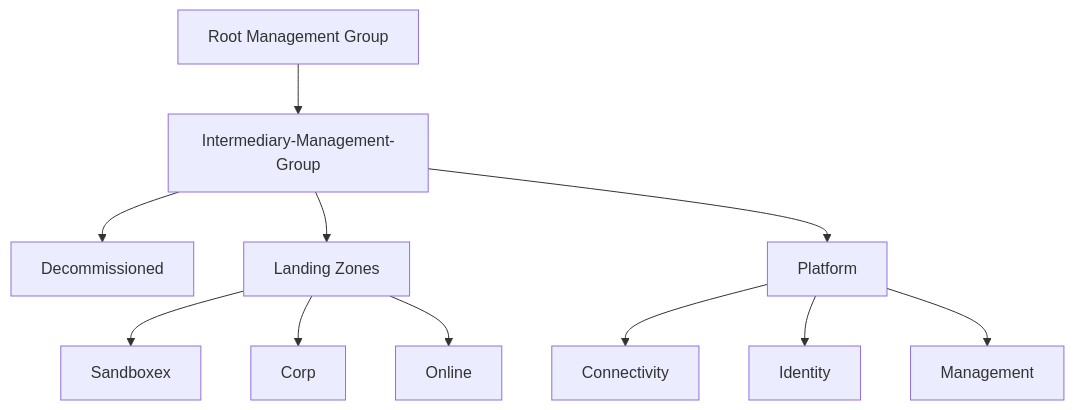
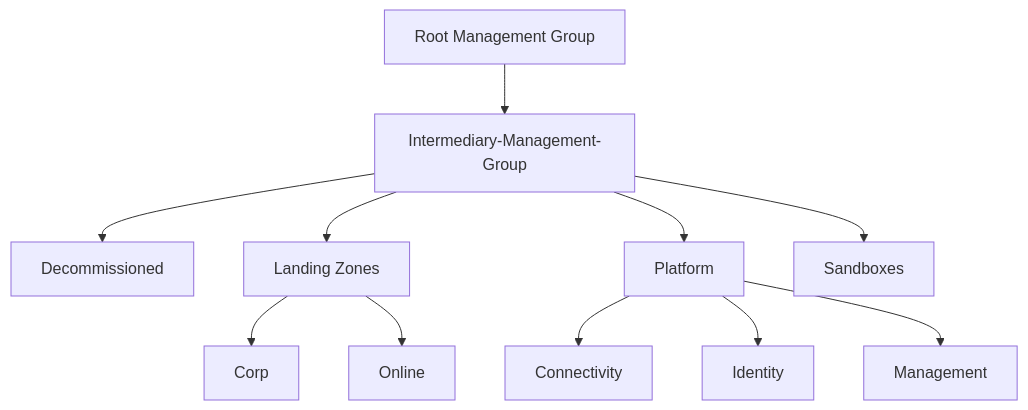
One commit to rfernandezdo/rfernandezdo.github.io changed the first of 7 diagrams in docs/blog/posts/2024/20240422_Management_Groups.md. Above: the diagram before and after it, drawn with Mermaid. The commit also changed other lines of this file, not shown here.

Commit message:
Update Management Groups diagram in blog post

````diff
--- a/docs/blog/posts/2024/20240422_Management_Groups.md
+++ b/docs/blog/posts/2024/20240422_Management_Groups.md
@@ -66,13 +66,13 @@
 ```mermaid
     graph TD
         A[Root Management Group] --> B[Intermediary-Management-Group]
         B --> C[Decommissioned]
         B --> D[Landing Zones]
         B --> E[Platform]
-        D --> F[Sandboxex]
+        B --> F[Sandboxes]
         D --> G[Corp]
         D --> H[Online]
         E --> I[Connectivity]
         E --> J[Identity]
         E --> K[Management]
 ```
````
